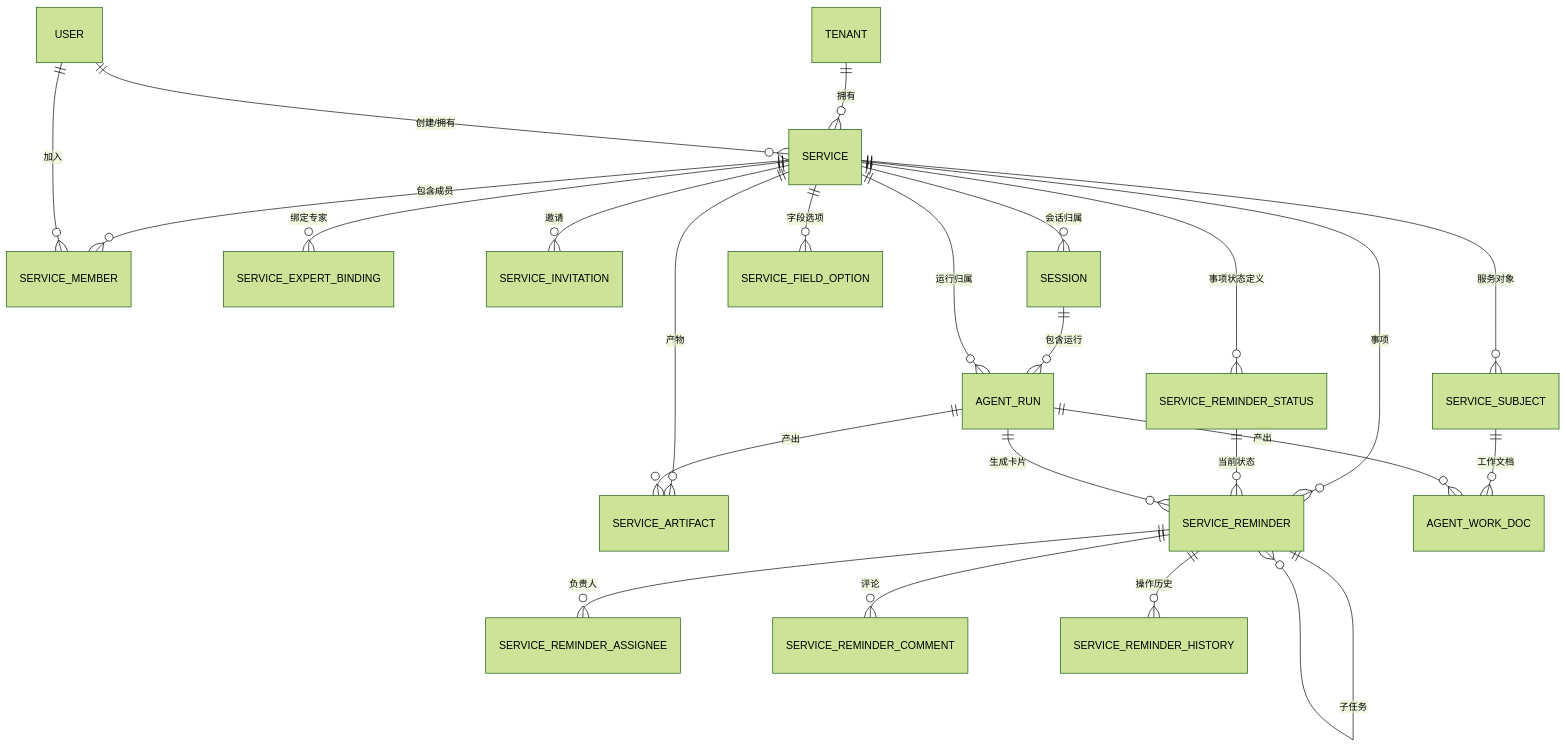
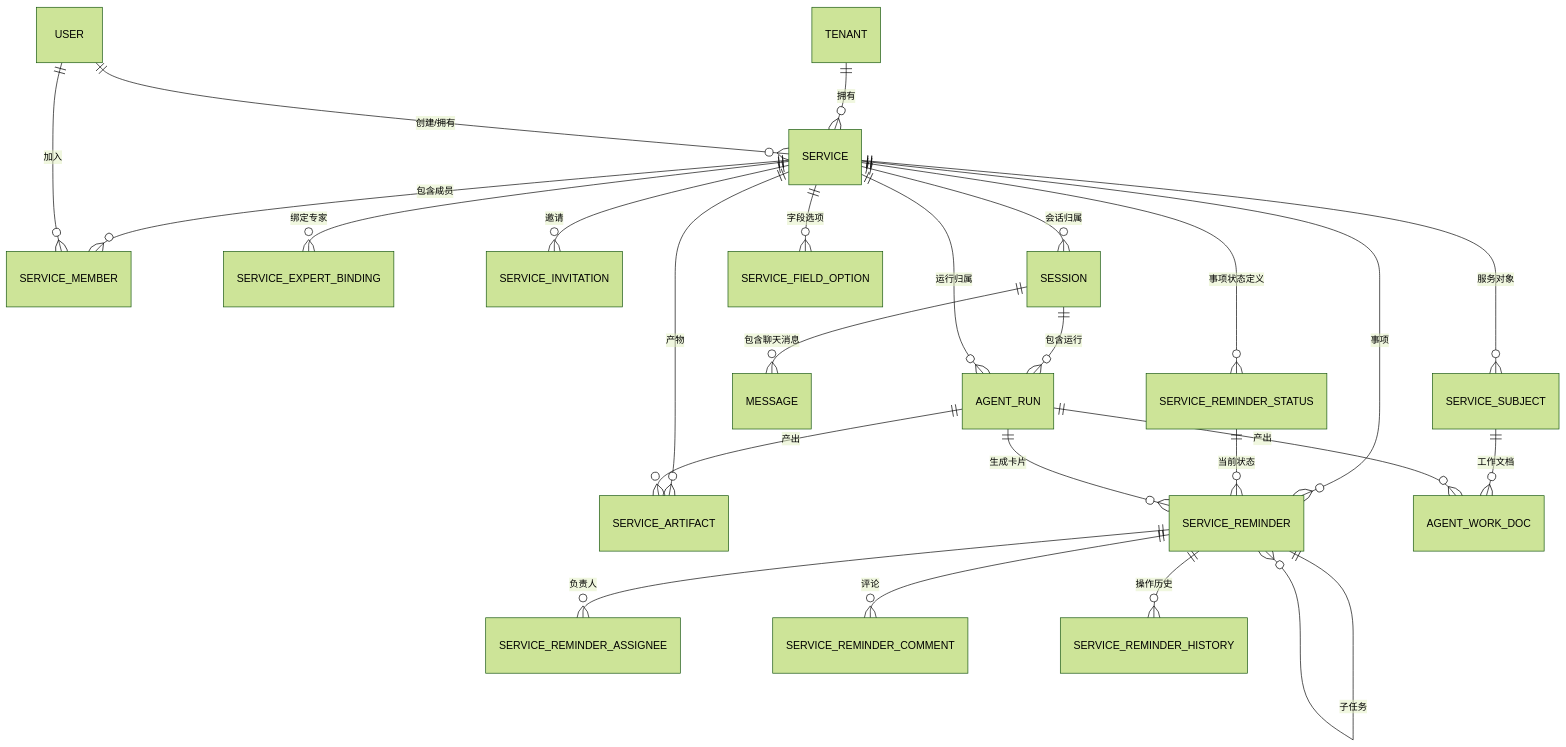
The first of 2 diagrams in docs/服务模块重构PRD.md (xkl2013/ruile), drawn with Mermaid (forest theme) before and after one commit. The commit also changed other lines of this file and 68 other files, not shown here.

````diff
--- a/docs/服务模块重构PRD.md
+++ b/docs/服务模块重构PRD.md
@@ -368,26 +372,27 @@
 ```mermaid
 erDiagram
     TENANT ||--o{ SERVICE : "拥有"
     USER ||--o{ SERVICE : "创建/拥有"
     SERVICE ||--o{ SERVICE_MEMBER : "包含成员"
     USER ||--o{ SERVICE_MEMBER : "加入"
     SERVICE ||--o{ SERVICE_EXPERT_BINDING : "绑定专家"
     SERVICE ||--o{ SERVICE_SUBJECT : "服务对象"
     SERVICE ||--o{ SERVICE_INVITATION : "邀请"
     SERVICE ||--o{ SESSION : "会话归属"
+    SESSION ||--o{ MESSAGE : "包含聊天消息"
     SESSION ||--o{ AGENT_RUN : "包含运行"
     SERVICE ||--o{ AGENT_RUN : "运行归属"
     SERVICE ||--o{ SERVICE_ARTIFACT : "产物"
     SERVICE ||--o{ SERVICE_REMINDER : "事项"
     SERVICE ||--o{ SERVICE_REMINDER_STATUS : "事项状态定义"
     SERVICE ||--o{ SERVICE_FIELD_OPTION : "字段选项"
     SERVICE_REMINDER_STATUS ||--o{ SERVICE_REMINDER : "当前状态"
     SERVICE_REMINDER ||--o{ SERVICE_REMINDER_ASSIGNEE : "负责人"
     SERVICE_REMINDER ||--o{ SERVICE_REMINDER_COMMENT : "评论"
     SERVICE_REMINDER ||--o{ SERVICE_REMINDER_HISTORY : "操作历史"
     SERVICE_REMINDER ||--o{ SERVICE_REMINDER : "子任务"
     SERVICE_SUBJECT ||--o{ AGENT_WORK_DOC : "工作文档"
     AGENT_RUN ||--o{ AGENT_WORK_DOC : "产出"
     AGENT_RUN ||--o{ SERVICE_ARTIFACT : "产出"
     AGENT_RUN ||--o{ SERVICE_REMINDER : "生成卡片"
 ```
````
